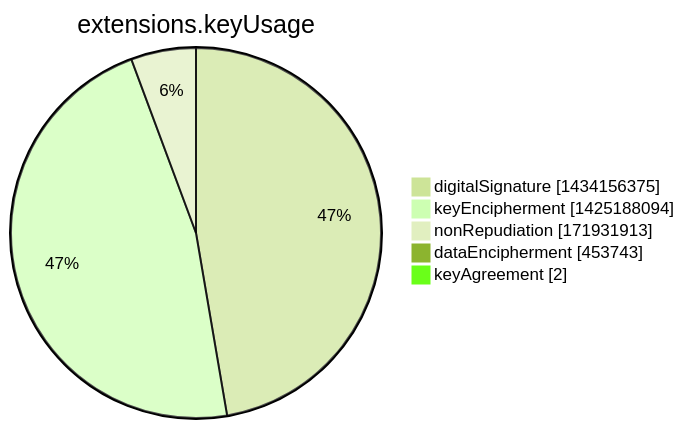
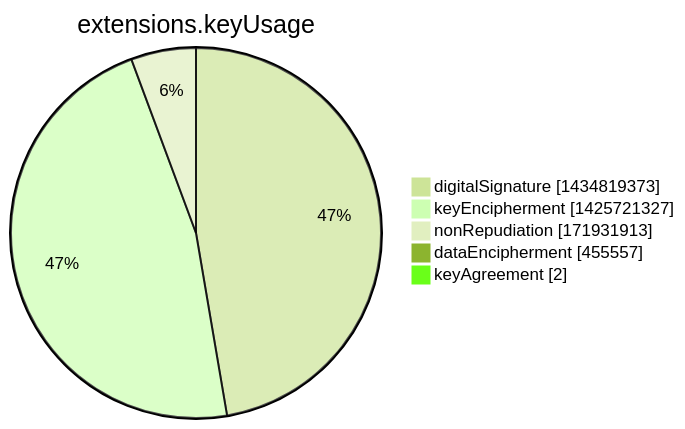
Before and after one commit to christiankrug/ctmonitor_visualization: the seventh of 15 diagrams in argon2022/README.md, drawn with Mermaid (forest theme). The commit also changed other lines of this file, not shown here.

````diff
--- a/argon2022/README.md
+++ b/argon2022/README.md
@@ -2751,9 +2751,9 @@
 ```mermaid
 pie showData
 title extensions.keyUsage
-"digitalSignature" :1434156375
-"keyEncipherment" :1425188094
+"digitalSignature" :1434819373
+"keyEncipherment" :1425721327
 "nonRepudiation" :171931913
-"dataEncipherment" :453743
+"dataEncipherment" :455557
 "keyAgreement" :2
 ```
````
